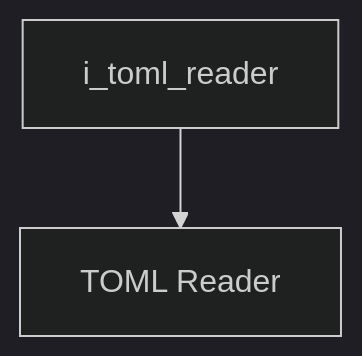
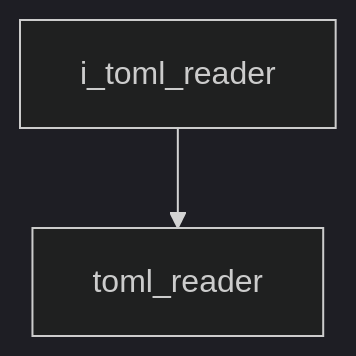
One commit to kasper-szczerba/autonomous_control_system_wiki changed the second of 2 diagrams in docs/codebase/namespaces/utility/interfaces/i_toml_reader.md. Above: the diagram before and after it, drawn with Mermaid (dark theme). The commit also changed other lines of this file and 41 other files, not shown here.

````diff
--- a/docs/codebase/namespaces/utility/interfaces/i_toml_reader.md
+++ b/docs/codebase/namespaces/utility/interfaces/i_toml_reader.md
@@ -24,5 +22,5 @@
 ```mermaid
 graph TD
     i_toml_reader["i_toml_reader"]
-    i_toml_reader["i_toml_reader"] --> toml_reader["TOML Reader"]
+    i_toml_reader["i_toml_reader"] --> toml_reader["toml_reader"]
 ```
````
